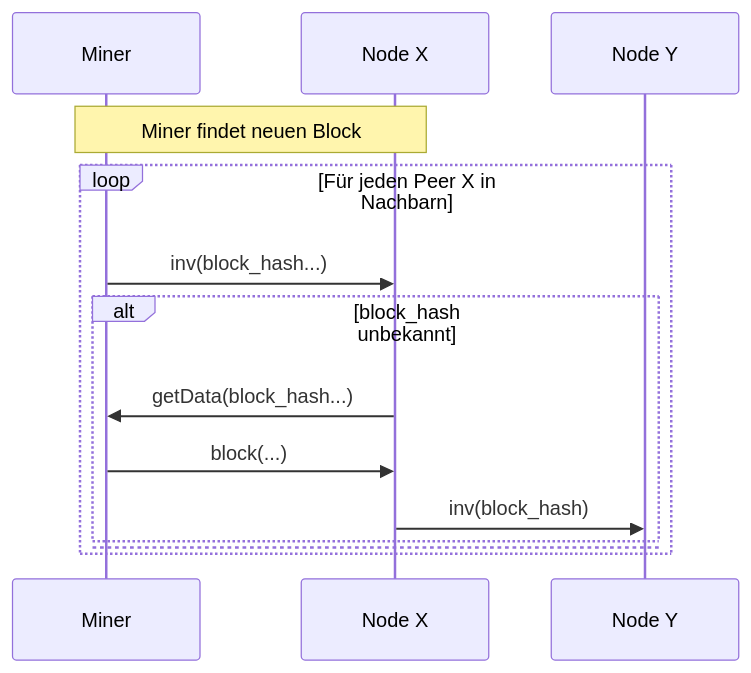
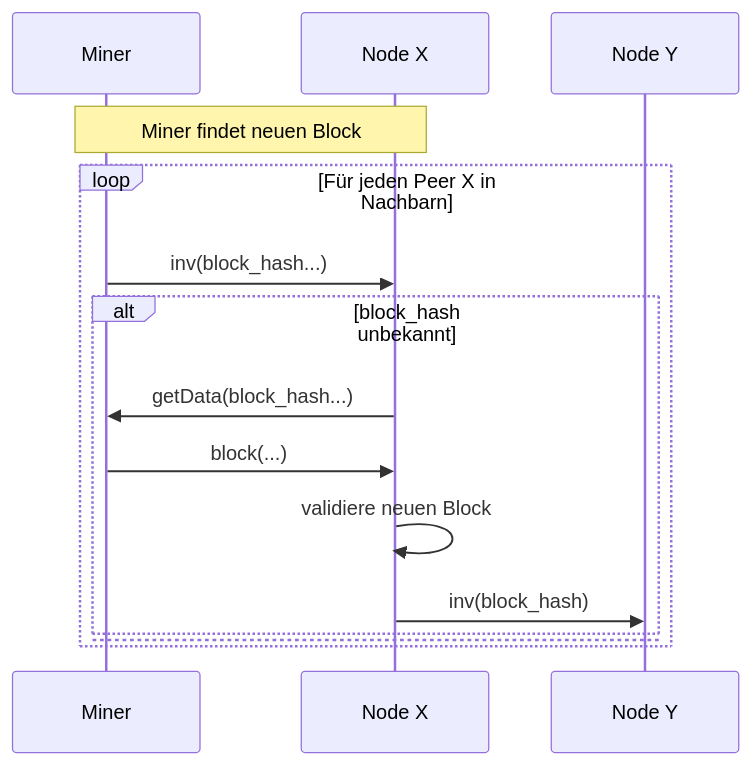
The fifth of 5 diagrams in docs/arc42/arc42-MinerNetwork/MinerNetwork.md (bjoern621/VSP-Blockchain), drawn with Mermaid before and after one commit. The commit also changed other lines of this file, not shown here.

`````diff
--- a/docs/arc42/arc42-MinerNetwork/MinerNetwork.md
+++ b/docs/arc42/arc42-MinerNetwork/MinerNetwork.md
@@ -509,21 +509,22 @@
 ````mermaid
 sequenceDiagram
     participant Miner as Miner
     participant Node_X as Node X
     participant Node_Y as Node Y
     
     Note over Miner, Node_X: Miner findet neuen Block
     
     loop Für jeden Peer X in Nachbarn 
         Miner->>Node_X: inv(block_hash...)
         
         alt block_hash unbekannt
             Node_X->>Miner: getData(block_hash...)
             Miner->>Node_X: block(...)
+            Node_X->>Node_X: validiere neuen Block
             Node_X->>Node_Y: inv(block_hash)
         else
             %% No message
         end
     end
     
 ````
`````
